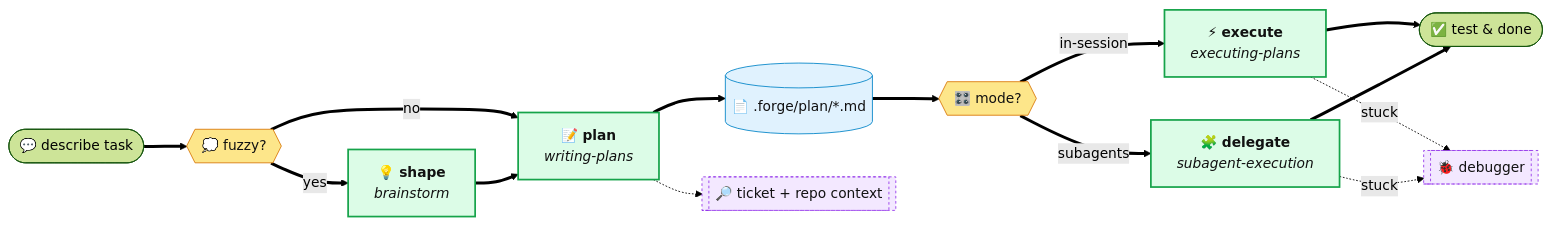
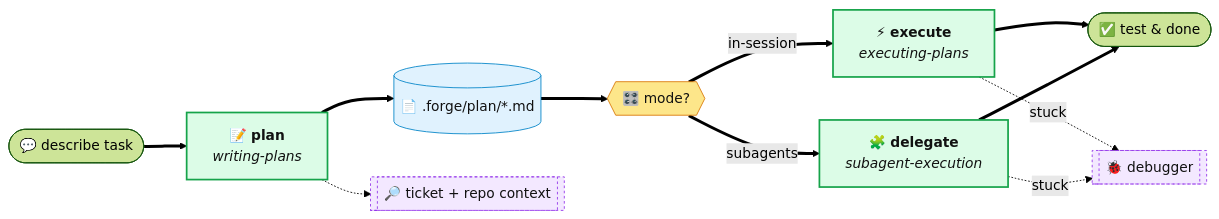
One commit to anthonyespirat/forge changed the diagram in README.md. Above: the diagram before and after it, drawn with Mermaid (forest theme). The commit also changed other lines of this file and 8 other files, not shown here.

````diff
--- a/README.md
+++ b/README.md
@@ -28,27 +28,24 @@
 ```mermaid
 flowchart LR
-    User([💬 describe task]) ==> Shape{{💭 fuzzy?}}
-    Shape ==>|yes| Brainstorm[💡 <b>shape</b><br/><i>brainstorm</i>]
-    Shape ==>|no| Plan[📝 <b>plan</b><br/><i>writing-plans</i>]
-    Brainstorm ==> Plan
+    User([💬 describe task]) ==> Plan[📝 <b>plan</b><br/><i>writing-plans</i>]
     Plan ==> File[(📄 .forge/plan/*.md)]
     File ==> Mode{{🎛️ mode?}}
     Mode ==>|in-session| Exec[⚡ <b>execute</b><br/><i>executing-plans</i>]
     Mode ==>|subagents| Sub[🧩 <b>delegate</b><br/><i>subagent-execution</i>]
     Exec ==> Done([✅ test &amp; done])
     Sub ==> Done
 
     Plan -.-> Ctx[[🔎 ticket + repo context]]
     Exec -.stuck.-> Dbg[[🐞 debugger]]
     Sub -.stuck.-> Dbg
 
     classDef main fill:#dcfce7,stroke:#16a34a,stroke-width:2px,color:#111
     classDef side fill:#f3e8ff,stroke:#9333ea,stroke-dasharray:3 3,color:#111
     classDef pick fill:#fde68a,stroke:#d97706,color:#111
     classDef file fill:#e0f2fe,stroke:#0284c7,color:#111
 
-    class Brainstorm,Plan,Exec,Sub main
+    class Plan,Exec,Sub main
     class Ctx,Dbg side
-    class Shape,Mode pick
+    class Mode pick
     class File file
 ```
````
